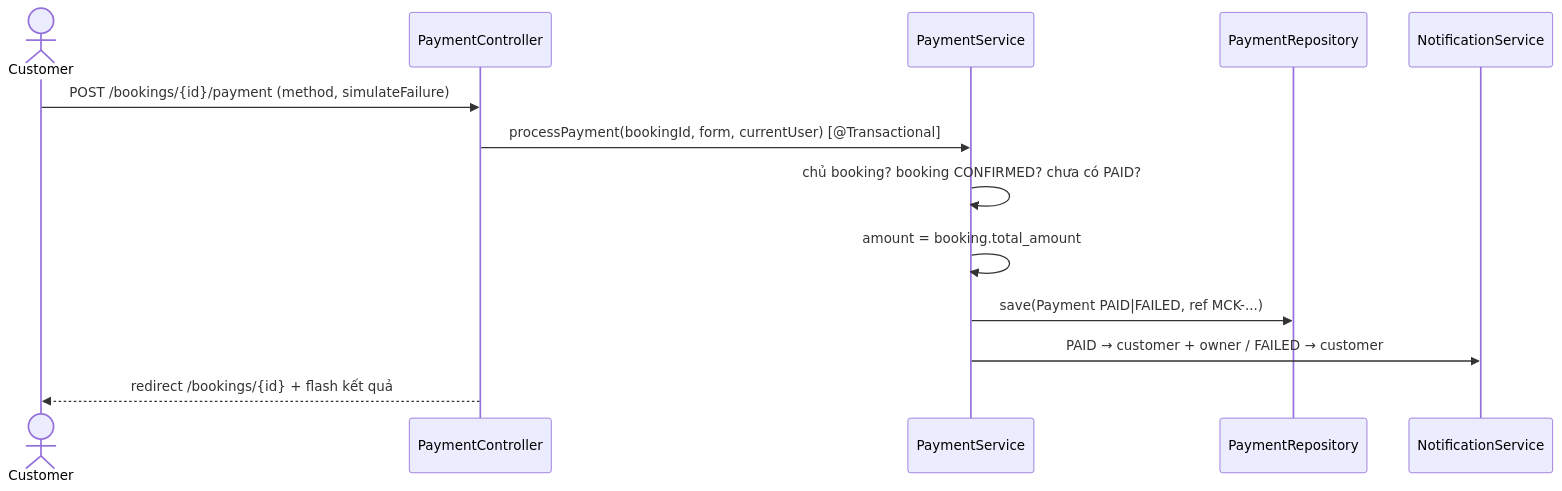
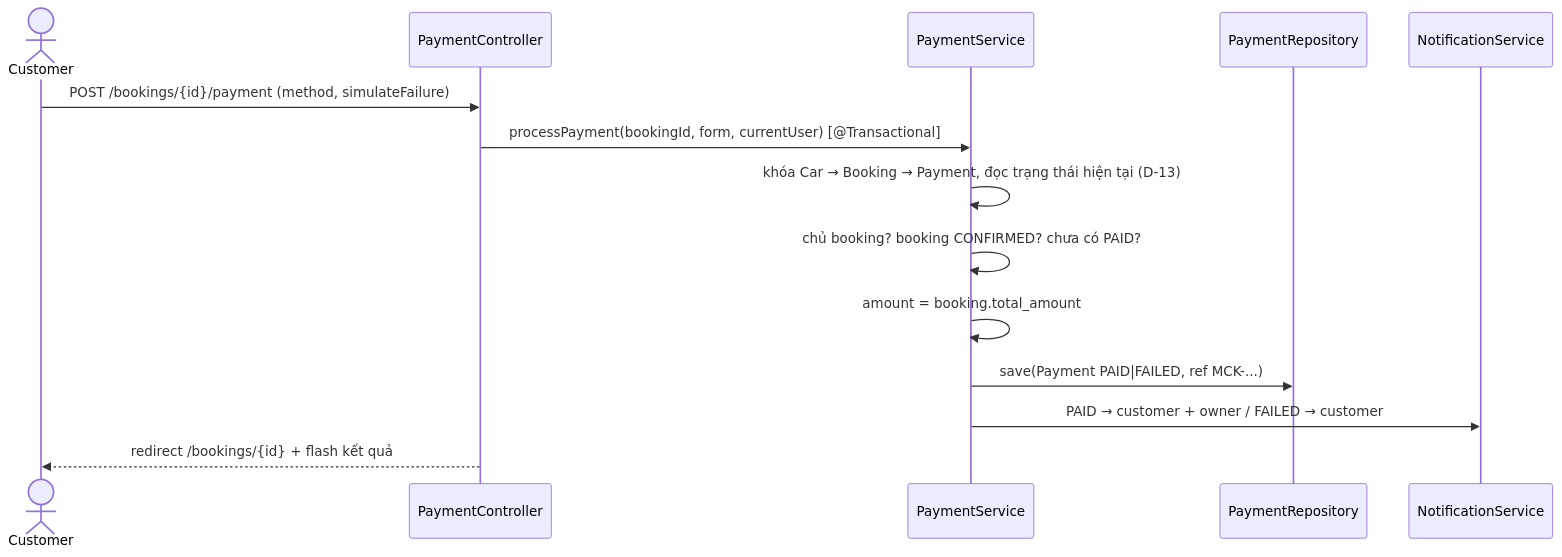
The sixth of 6 diagrams in docs/SDD.md (thanhmit/CarRent), drawn with Mermaid before and after one commit. The commit also changed other lines of this file and 45 other files, not shown here.

````diff
--- a/docs/SDD.md
+++ b/docs/SDD.md
@@ -932,16 +950,17 @@
 ```mermaid
 sequenceDiagram
     actor U as Customer
     participant C as PaymentController
     participant S as PaymentService
     participant PR as PaymentRepository
     participant N as NotificationService
 
     U->>C: POST /bookings/{id}/payment (method, simulateFailure)
     C->>S: processPayment(bookingId, form, currentUser) [@Transactional]
+    S->>S: khóa Car → Booking → Payment, đọc trạng thái hiện tại (D-13)
     S->>S: chủ booking? booking CONFIRMED? chưa có PAID?
     S->>S: amount = booking.total_amount
     S->>PR: save(Payment PAID|FAILED, ref MCK-...)
     S->>N: PAID → customer + owner / FAILED → customer
     C-->>U: redirect /bookings/{id} + flash kết quả
 ```
````
